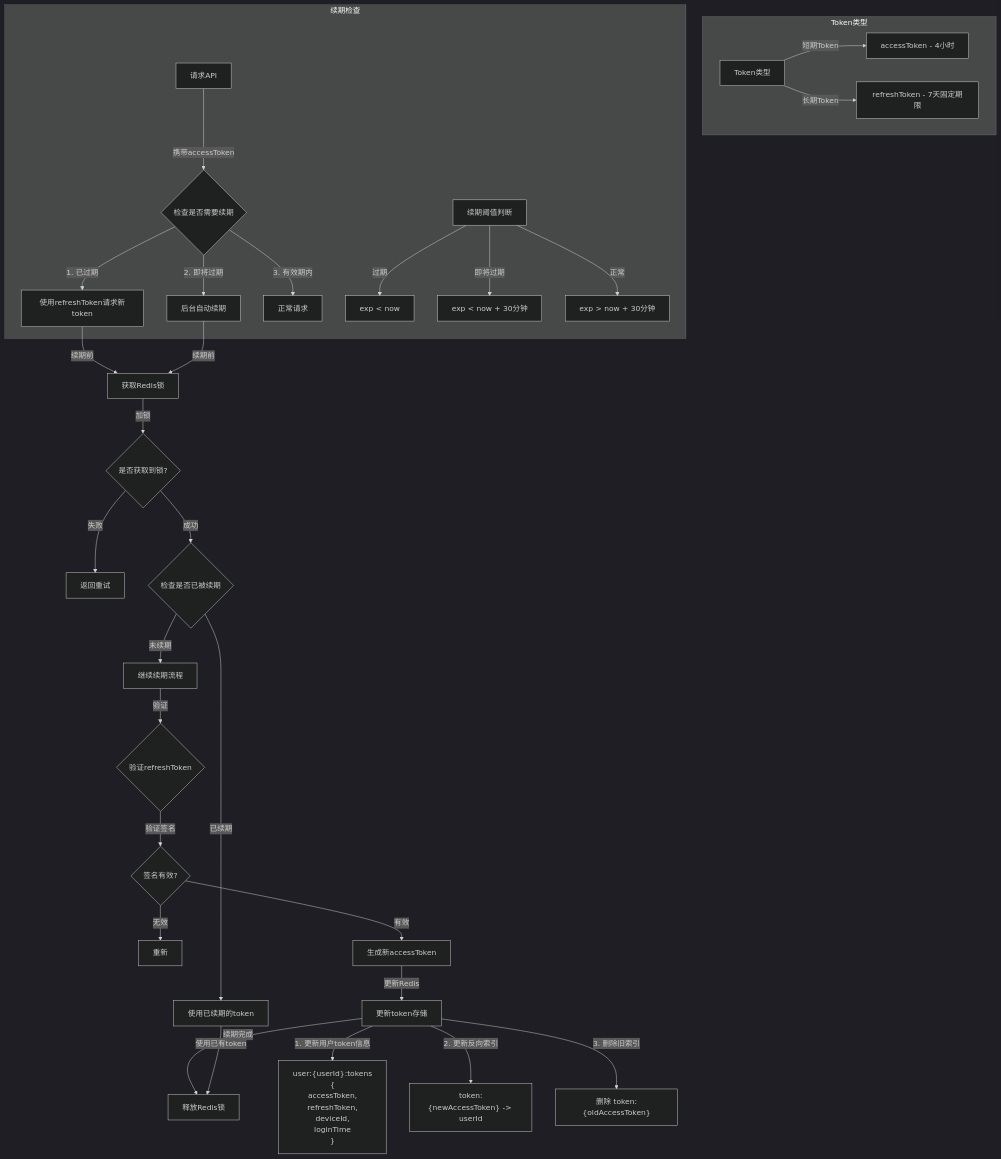
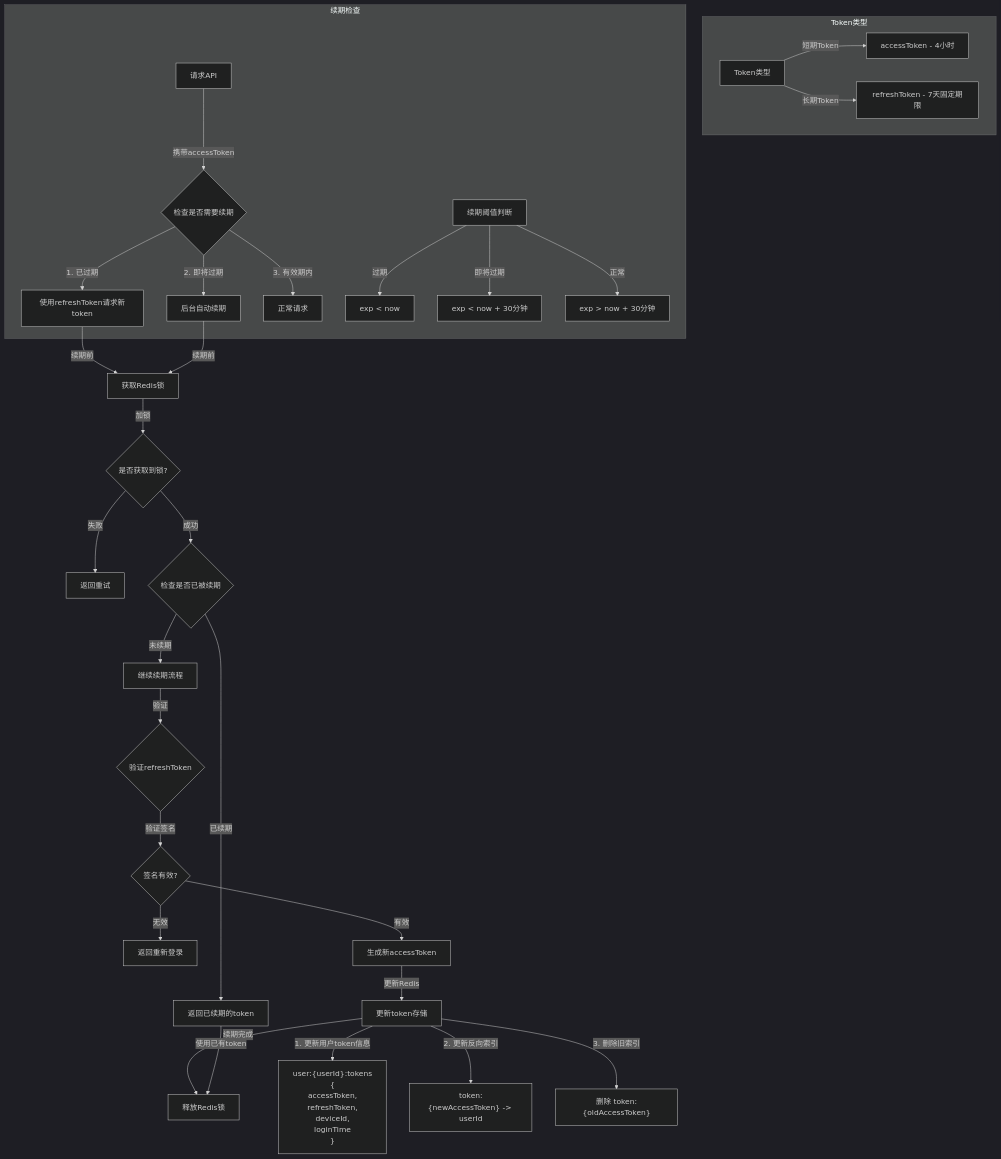
Before and after one commit to yingjianzh/iodraw-files: the diagram in all/考虑修改-15.md, drawn with Mermaid (dark theme).

Commit message:
2025-01-03 09:41:59 update

````diff
--- a/all/考虑修改-15.md
+++ b/all/考虑修改-15.md
@@ -1,50 +1,50 @@
 ```mermaid
 flowchart TD
     subgraph Token类型
         A[Token类型] -->|短期Token| B[accessToken - 4小时]
         A -->|长期Token| C[refreshToken - 7天固定期限]
     end
 
     subgraph 续期检查
         F[请求API] -->|携带accessToken| G{检查是否需要续期}
         G -->|1. 已过期| H[使用refreshToken请求新token]
         G -->|2. 即将过期| I[后台自动续期]
         G -->|3. 有效期内| J[正常请求]
         
         %% 续期阈值判断
         K[续期阈值判断]
         K -->|过期| L[exp < now]
         K -->|即将过期| M[exp < now + 30分钟]
         K -->|正常| N[exp > now + 30分钟]
     end
 
     %% 并发控制和续期流程
     H & I -->|续期前| LC[获取Redis锁]
     LC -->|加锁| LD{是否获取到锁?}
     LD -->|失败| LE[返回重试]
     LD -->|成功| LF{检查是否已被续期}
-    LF -->|已续期| LG[使用已续期的token]
+    LF -->|已续期| LG[返回已续期的token]
     LF -->|未续期| LH[继续续期流程]   
 
     %% Token验证和生成
     LH -->|验证| O{验证refreshToken}
     O -->|验证签名| P{签名有效?}
-    P -->|无效| Q1[重新]
+    P -->|无效| Q1[返回重新登录]
     P -->|有效| V[生成新accessToken]
     
     %% Redis更新
     V -->|更新Redis| X[更新token存储]
     X -->|1. 更新用户token信息| Y["user:{userId}:tokens 
     {
         accessToken,
         refreshToken,
         deviceId,
         loginTime
     }"]
     X -->|2. 更新反向索引| Z["token:{newAccessToken} -> userId"]
     X -->|3. 删除旧索引| AA["删除 token:{oldAccessToken}"]
 
     %% 释放锁
     X -->|续期完成| LI[释放Redis锁]
     LG -->|使用已有token| LI
 ```
````
